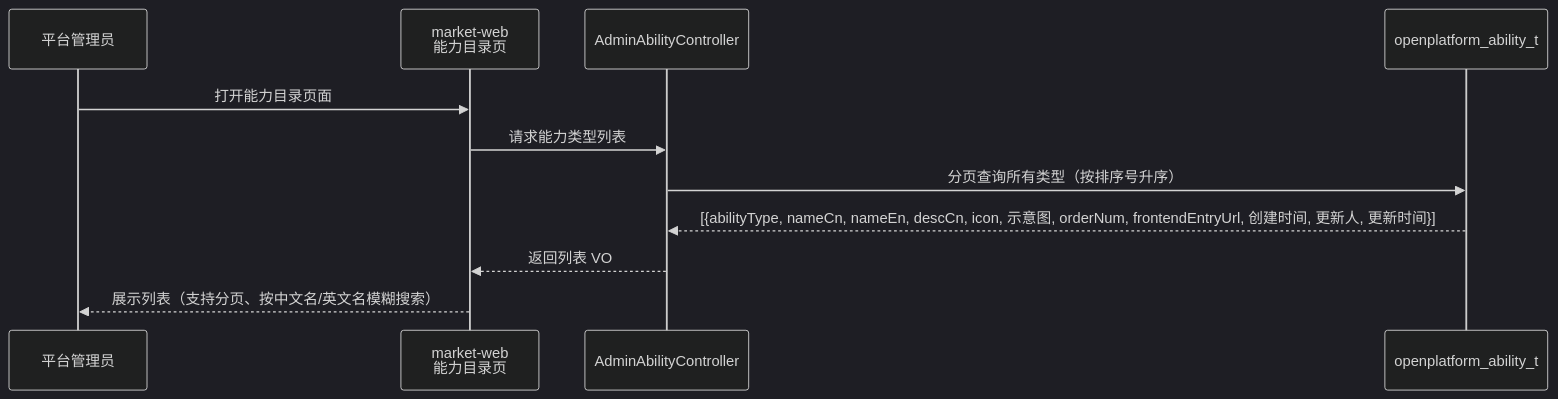
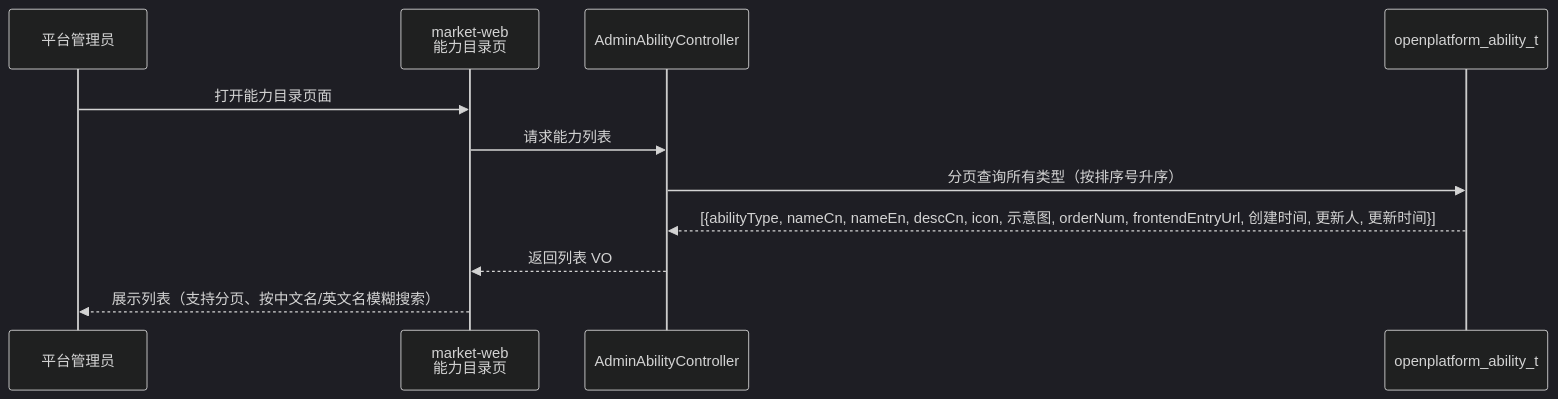
Before and after one commit to THZSummer/open-app: the first of 5 diagrams in .sddu/specs-tree-root/specs-tree-ability-embedding/specs-tree-embedding-platform/plan.md, drawn with Mermaid (dark theme). The commit also changed other lines of this file and 6 other files, not shown here.

````diff
--- a/.sddu/specs-tree-root/specs-tree-ability-embedding/specs-tree-embedding-platform/plan.md
+++ b/.sddu/specs-tree-root/specs-tree-ability-embedding/specs-tree-embedding-platform/plan.md
@@ -52,14 +52,14 @@
 ```mermaid
 sequenceDiagram
     participant Admin as 平台管理员
     participant Web as market-web<br/>能力目录页
     participant AdminCtrl as AdminAbilityController
     participant DB as openplatform_ability_t
 
     Admin->>Web: 打开能力目录页面
-    Web->>AdminCtrl: 请求能力类型列表
+    Web->>AdminCtrl: 请求能力列表
     AdminCtrl->>DB: 分页查询所有类型（按排序号升序）
     DB-->>AdminCtrl: [{abilityType, nameCn, nameEn, descCn, icon, 示意图, orderNum, frontendEntryUrl, 创建时间, 更新人, 更新时间}]
     AdminCtrl-->>Web: 返回列表 VO
     Web-->>Admin: 展示列表（支持分页、按中文名/英文名模糊搜索）
 ```
````
